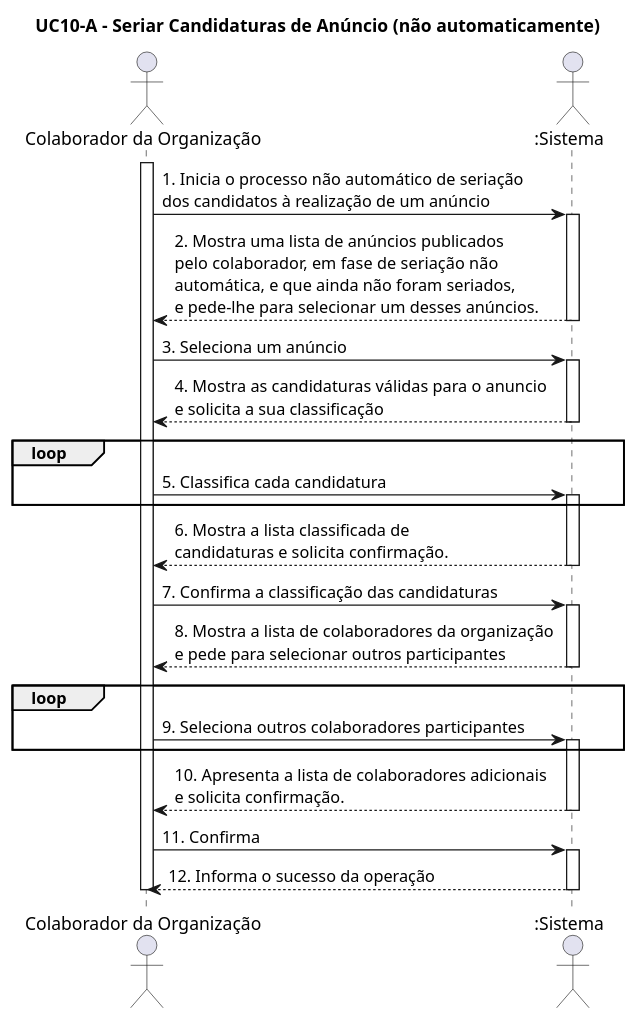
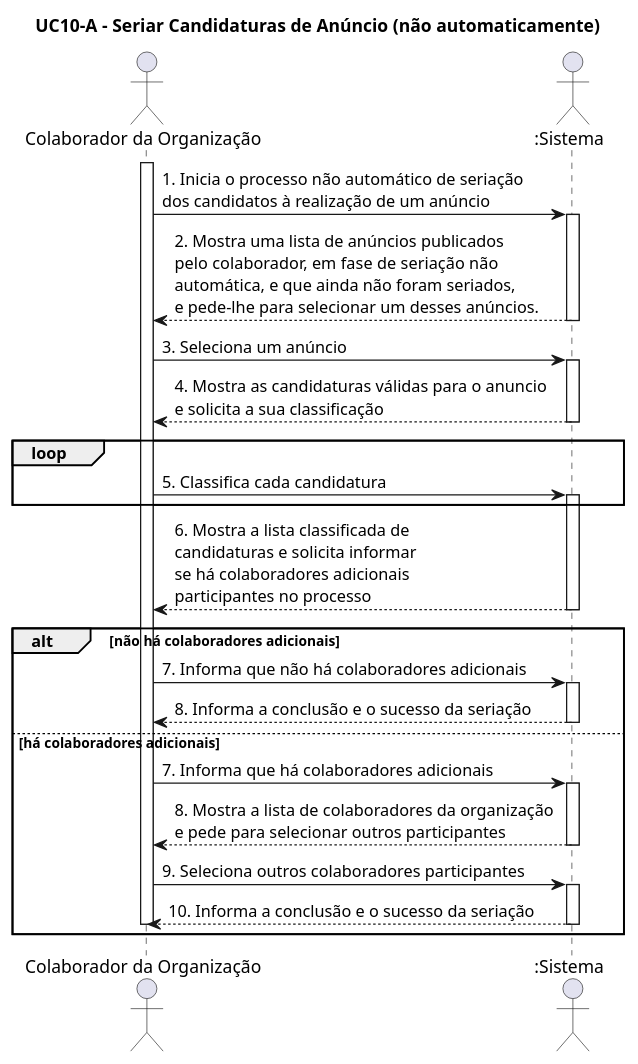
Before and after one commit to blestonbandeiraUPSKILL/upskill_java1_labprg_grupo2: the diagram in Documentação/Sprint 3/UC10_A_Seriar_Candidaturas_(não_automaticamente)/UC10_A_Seriar_Candidaturas_(nao_automaticamente).puml, drawn with PlantUML. The commit also changed 2 other files, not shown here.

```diff
--- a/Documentação/Sprint 3/UC10_A_Seriar_Candidaturas_(não_automaticamente)/UC10_A_Seriar_Candidaturas_(nao_automaticamente).puml
+++ b/Documentação/Sprint 3/UC10_A_Seriar_Candidaturas_(não_automaticamente)/UC10_A_Seriar_Candidaturas_(nao_automaticamente).puml
@@ -1,55 +1,50 @@
 @startuml
 
 title UC10-A - Seriar Candidaturas de Anúncio (não automaticamente)
 
 actor "Colaborador da Organização" as Colaborador
 actor ":Sistema" as Sistema
 
 activate Colaborador
 Colaborador -> Sistema : 1. Inicia o processo não automático de seriação \ndos candidatos à realização de um anúncio
 activate Sistema
 
 Sistema --> Colaborador: 2. Mostra uma lista de anúncios publicados \npelo colaborador, em fase de seriação não \nautomática, e que ainda não foram seriados, \ne pede-lhe para selecionar um desses anúncios.
 deactivate Sistema
 
 Colaborador -> Sistema: 3. Seleciona um anúncio
 activate Sistema
 
 Sistema --> Colaborador: 4. Mostra as candidaturas válidas para o anuncio \ne solicita a sua classificação
 deactivate Sistema
 
 loop 
 
 Colaborador -> Sistema: 5. Classifica cada candidatura
 activate Sistema
 
 end
 
-Sistema --> Colaborador: 6. Mostra a lista classificada de \ncandidaturas e solicita confirmação.
+Sistema --> Colaborador: 6. Mostra a lista classificada de \ncandidaturas e solicita informar \nse há colaboradores adicionais \nparticipantes no processo 
 deactivate Sistema
 
-Colaborador -> Sistema: 7. Confirma a classificação das candidaturas
+alt não há colaboradores adicionais
+Colaborador -> Sistema: 7. Informa que não há colaboradores adicionais
 activate Sistema
 
+Sistema --> Colaborador: 8. Informa a conclusão e o sucesso da seriação
+deactivate Sistema
+
+else há colaboradores adicionais
+Colaborador -> Sistema: 7. Informa que há colaboradores adicionais
+activate Sistema
 Sistema --> Colaborador: 8. Mostra a lista de colaboradores da organização \ne pede para selecionar outros participantes
 deactivate Sistema
-
-loop
-
 Colaborador -> Sistema: 9. Seleciona outros colaboradores participantes
 activate Sistema
-
-end
-
-Sistema --> Colaborador: 10. Apresenta a lista de colaboradores adicionais \ne solicita confirmação.
-deactivate Sistema
-
-Colaborador -> Sistema: 11. Confirma
-activate Sistema
-
-Sistema --> Colaborador: 12. Informa o sucesso da operação
+Sistema --> Colaborador: 10. Informa a conclusão e o sucesso da seriação
 deactivate Sistema
 
 deactivate Colaborador
-
+end alt
 @enduml
```
